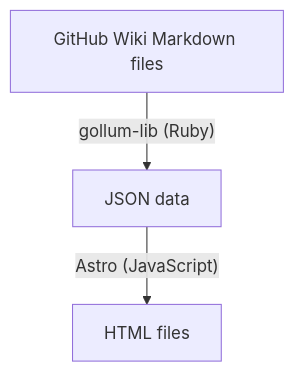
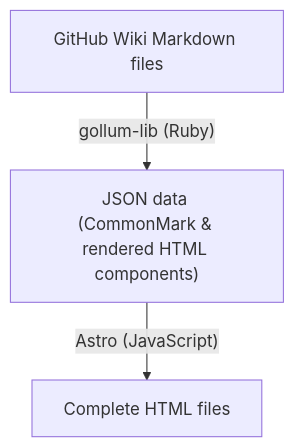
One commit to yuuki7/github-wiki-to-html changed the diagram in README.md. Above: the diagram before and after it, drawn with Mermaid. The commit also changed other lines of this file, not shown here.

````diff
--- a/README.md
+++ b/README.md
@@ -7,5 +7,5 @@
 ```mermaid
 graph TD
-    A["GitHub Wiki Markdown files"] -->|"gollum-lib (Ruby)"| B["JSON data"]
-    B -->|"Astro (JavaScript)"| C["HTML files"]
+    A["GitHub Wiki Markdown files"] -->|"gollum-lib (Ruby)"| B["JSON data (CommonMark & rendered HTML components)"]
+    B -->|"Astro (JavaScript)"| C["Complete HTML files"]
 ```
````
